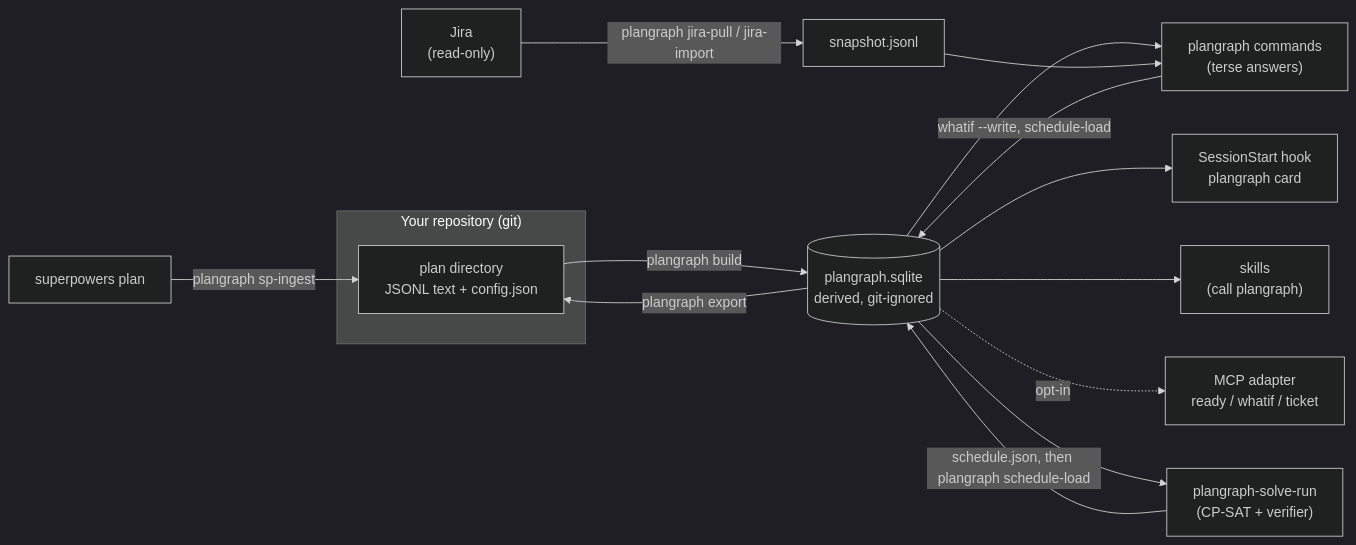
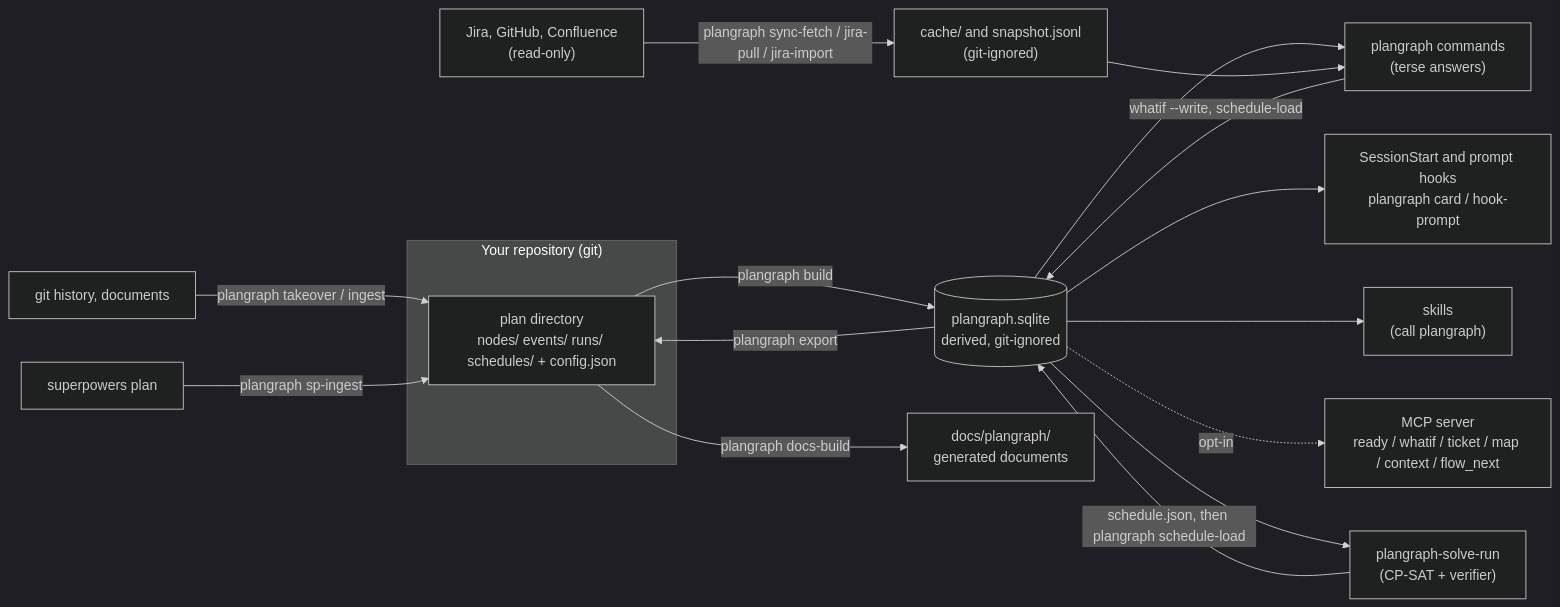
The diagram in README.md (jourlez/plangraph), drawn with Mermaid (dark theme) before and after one commit. The commit also changed other lines of this file and 5 other files, not shown here.

````diff
--- a/README.md
+++ b/README.md
@@ -307,18 +304,20 @@
 ```mermaid
 flowchart LR
   subgraph repo["Your repository (git)"]
-    T["plan directory<br/>JSONL text + config.json"]
+    T["plan directory<br/>nodes/ events/ runs/ schedules/ + config.json"]
   end
-  J["Jira<br/>(read-only)"] -->|"plangraph jira-pull / jira-import"| S["snapshot.jsonl"]
+  J["Jira, GitHub, Confluence<br/>(read-only)"] -->|"plangraph sync-fetch / jira-pull / jira-import"| S["cache/ and snapshot.jsonl<br/>(git-ignored)"]
+  G["git history, documents"] -->|"plangraph takeover / ingest"| T
   SP["superpowers plan"] -->|"plangraph sp-ingest"| T
   T -->|"plangraph build"| I[("plangraph.sqlite<br/>derived, git-ignored")]
   I --> C["plangraph commands<br/>(terse answers)"]
-  I --> H["SessionStart hook<br/>plangraph card"]
+  I --> H["SessionStart and prompt hooks<br/>plangraph card / hook-prompt"]
   I --> SK["skills<br/>(call plangraph)"]
-  I -.->|"opt-in"| M["MCP adapter<br/>ready / whatif / ticket"]
+  I -.->|"opt-in"| M["MCP server<br/>ready / whatif / ticket / map / context / flow_next"]
+  T -->|"plangraph docs-build"| D["docs/plangraph/<br/>generated documents"]
   I --> SO["plangraph-solve-run<br/>(CP-SAT + verifier)"]
   SO -->|"schedule.json, then plangraph schedule-load"| I
   C -->|"whatif --write, schedule-load"| I
   I -->|"plangraph export"| T
   S --> C
 ```
````
